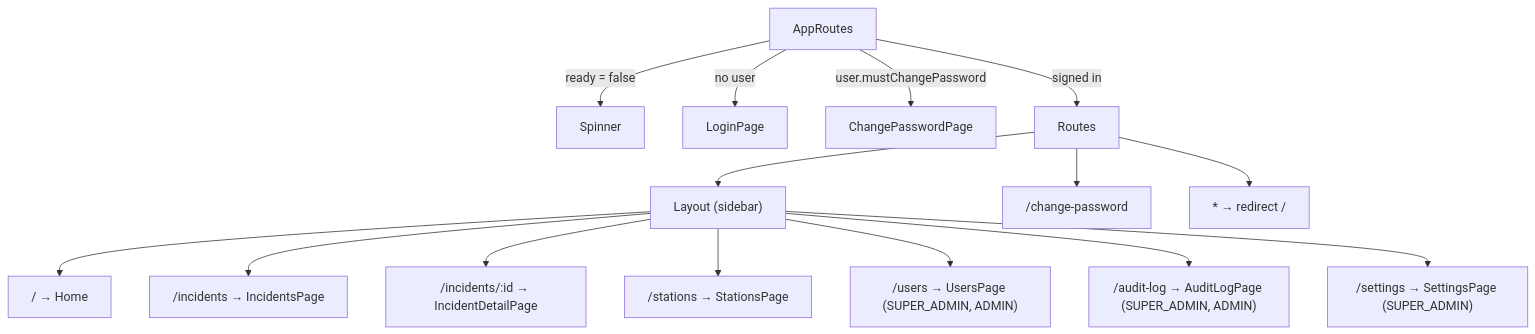
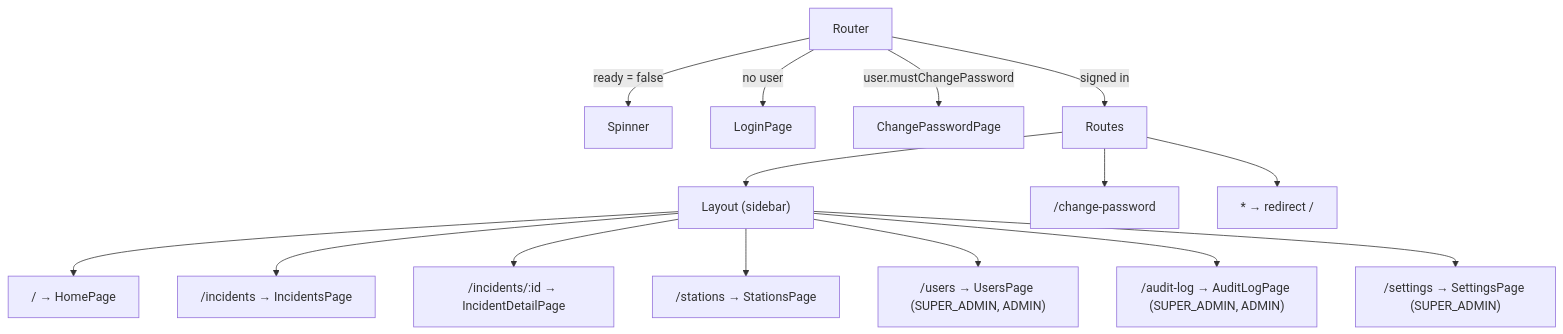
The diagram in docs/architecture/frontend.md (geofreybazar/runningcardsystem), drawn with Mermaid before and after one commit. The commit also changed other lines of this file and 177 other files, not shown here.

````diff
--- a/docs/architecture/frontend.md
+++ b/docs/architecture/frontend.md
@@ -26,17 +27,17 @@
 ```mermaid
 flowchart TD
-  A[AppRoutes] -->|ready = false| L0[Spinner]
+  A[Router] -->|ready = false| L0[Spinner]
   A -->|no user| LP[LoginPage]
   A -->|user.mustChangePassword| CP[ChangePasswordPage]
   A -->|signed in| R[Routes]
   R --> LY["Layout (sidebar)"]
-  LY --> P1["/ → Home"]
+  LY --> P1["/ → HomePage"]
   LY --> P2["/incidents → IncidentsPage"]
   LY --> P3["/incidents/:id → IncidentDetailPage"]
   LY --> P4["/stations → StationsPage"]
   LY --> P5["/users → UsersPage (SUPER_ADMIN, ADMIN)"]
   LY --> P6["/audit-log → AuditLogPage (SUPER_ADMIN, ADMIN)"]
   LY --> P7["/settings → SettingsPage (SUPER_ADMIN)"]
   R --> P8["/change-password"]
   R --> P9["* → redirect /"]
 ```
````
